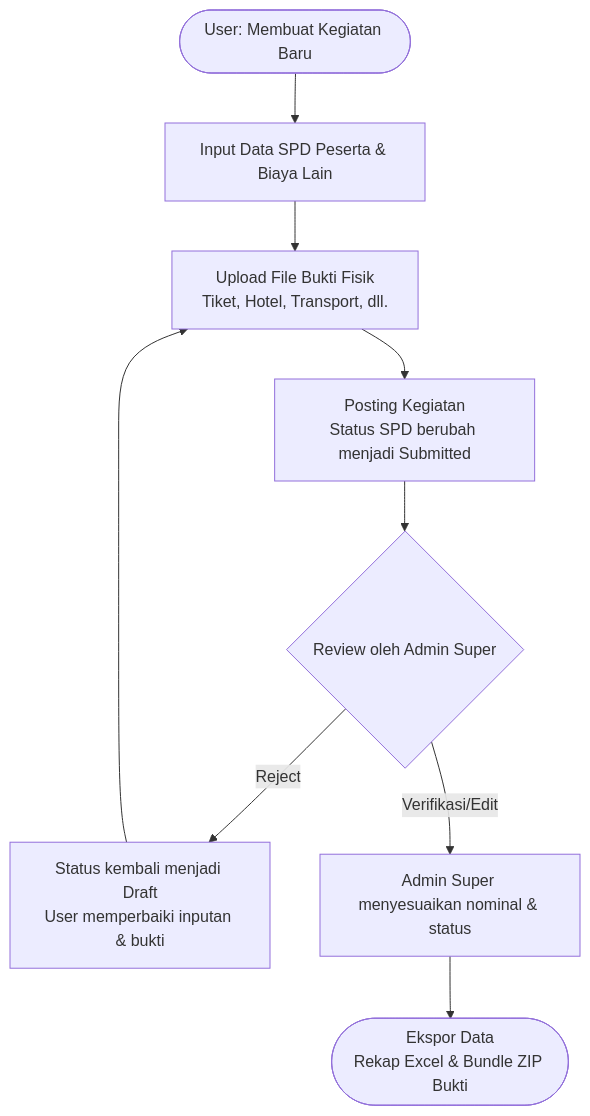
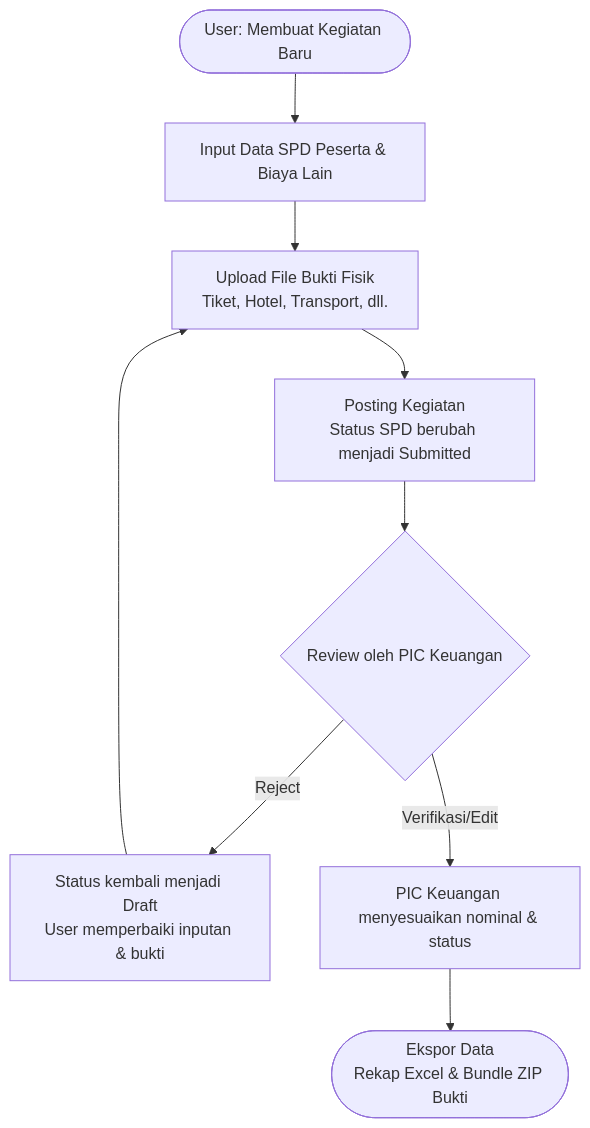
Before and after one commit to myprabowo/eSPD: the diagram in README.md, drawn with Mermaid. The commit also changed other lines of this file and 8 other files, not shown here.

Commit message:
refactor: update role verification and permissions to PIC Keuangan

````diff
--- a/README.md
+++ b/README.md
@@ -30,13 +30,13 @@
 ```mermaid
 graph TD
     A([User: Membuat Kegiatan Baru]) --> B[Input Data SPD Peserta & Biaya Lain]
     B --> C[Upload File Bukti Fisik<br/>Tiket, Hotel, Transport, dll.]
     C --> D[Posting Kegiatan<br/>Status SPD berubah menjadi Submitted]
     
-    D --> E{Review oleh Admin Super}
+    D --> E{Review oleh PIC Keuangan}
     E -- Reject --> F[Status kembali menjadi Draft<br/>User memperbaiki inputan & bukti]
     F --> C
-    E -- Verifikasi/Edit --> G[Admin Super menyesuaikan nominal & status]
+    E -- Verifikasi/Edit --> G[PIC Keuangan menyesuaikan nominal & status]
     
     G --> H([Ekspor Data<br/>Rekap Excel & Bundle ZIP Bukti])
 ```
````
